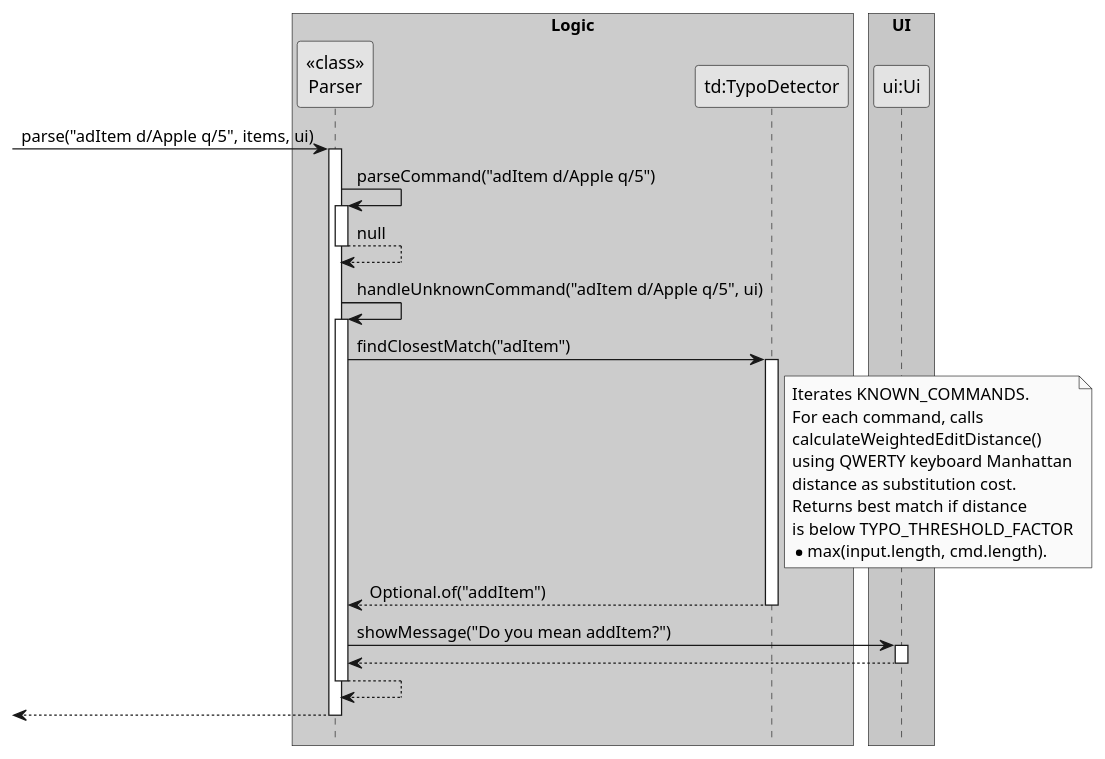
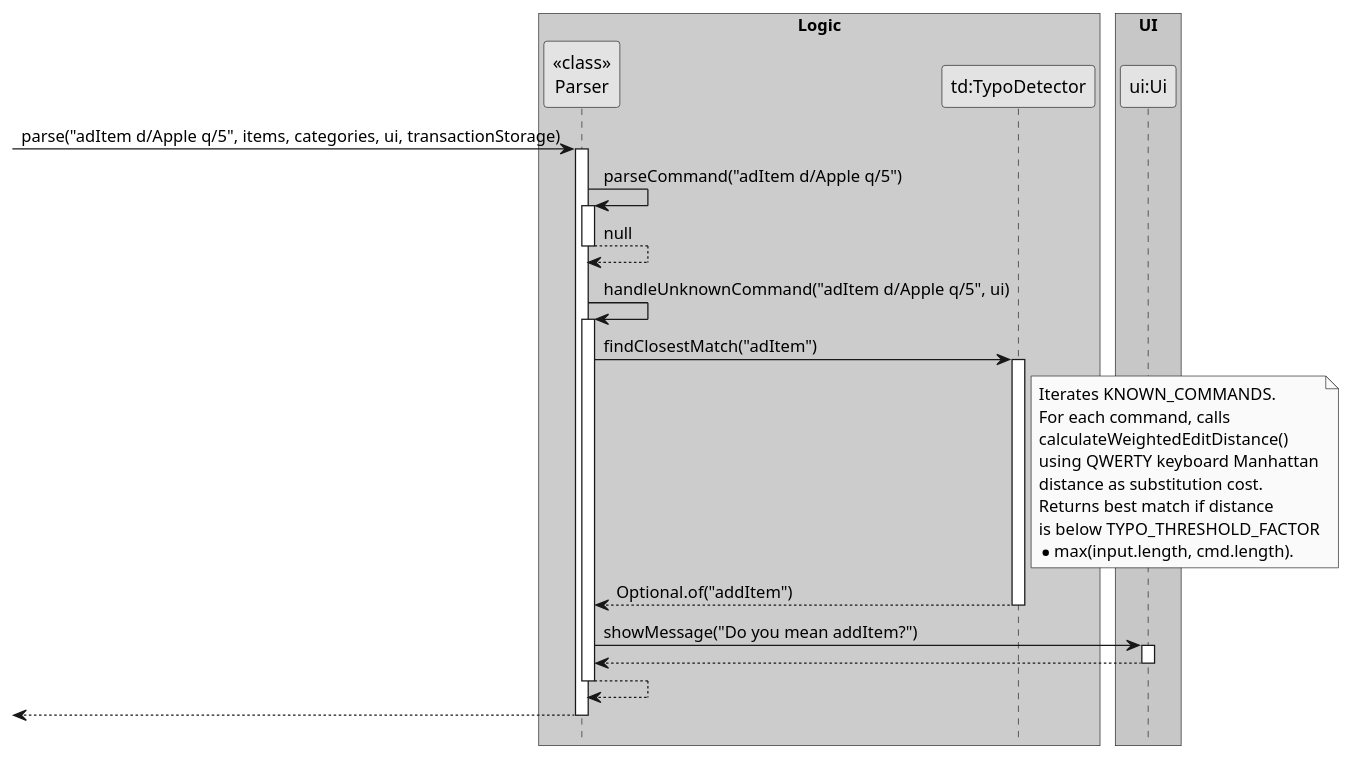
One commit to adbsw/tp changed the diagram in docs/diagrams/TypoDetectorSequenceDiagram.puml. Above: the diagram before and after it, drawn with PlantUML. The commit also changed 7 other files, not shown here.

```diff
--- a/docs/diagrams/TypoDetectorSequenceDiagram.puml
+++ b/docs/diagrams/TypoDetectorSequenceDiagram.puml
@@ -1,55 +1,55 @@
 @startuml
 !pragma teoz true
 skinparam monochrome true
 skinparam shadowing false
 hide footbox
 
 box "Logic" #LightBlue
 participant "<<class>>\nParser" as Parser
 participant "td:TypoDetector" as TypoDetector
 end box
 
 box "UI" #LightGreen
 participant "ui:Ui" as Ui
 end box
 
--> Parser : parse("adItem d/Apple q/5", items, ui)
+-> Parser : parse("adItem d/Apple q/5", items, categories, ui, transactionStorage)
 activate Parser
 
 Parser -> Parser : parseCommand("adItem d/Apple q/5")
 activate Parser
 Parser --> Parser : null
 deactivate Parser
 
 Parser -> Parser : handleUnknownCommand("adItem d/Apple q/5", ui)
 activate Parser
 
 Parser -> TypoDetector : findClosestMatch("adItem")
 activate TypoDetector
 
 note right of TypoDetector
   Iterates KNOWN_COMMANDS.
   For each command, calls
   calculateWeightedEditDistance()
   using QWERTY keyboard Manhattan
   distance as substitution cost.
   Returns best match if distance
   is below TYPO_THRESHOLD_FACTOR
   * max(input.length, cmd.length).
 end note
 
 TypoDetector --> Parser : Optional.of("addItem")
 deactivate TypoDetector
 
 Parser -> Ui : showMessage("Do you mean addItem?")
 activate Ui
 Ui --> Parser
 deactivate Ui
 
 Parser --> Parser
 deactivate Parser
 
 <-- Parser
 deactivate Parser
 
 @enduml
```
